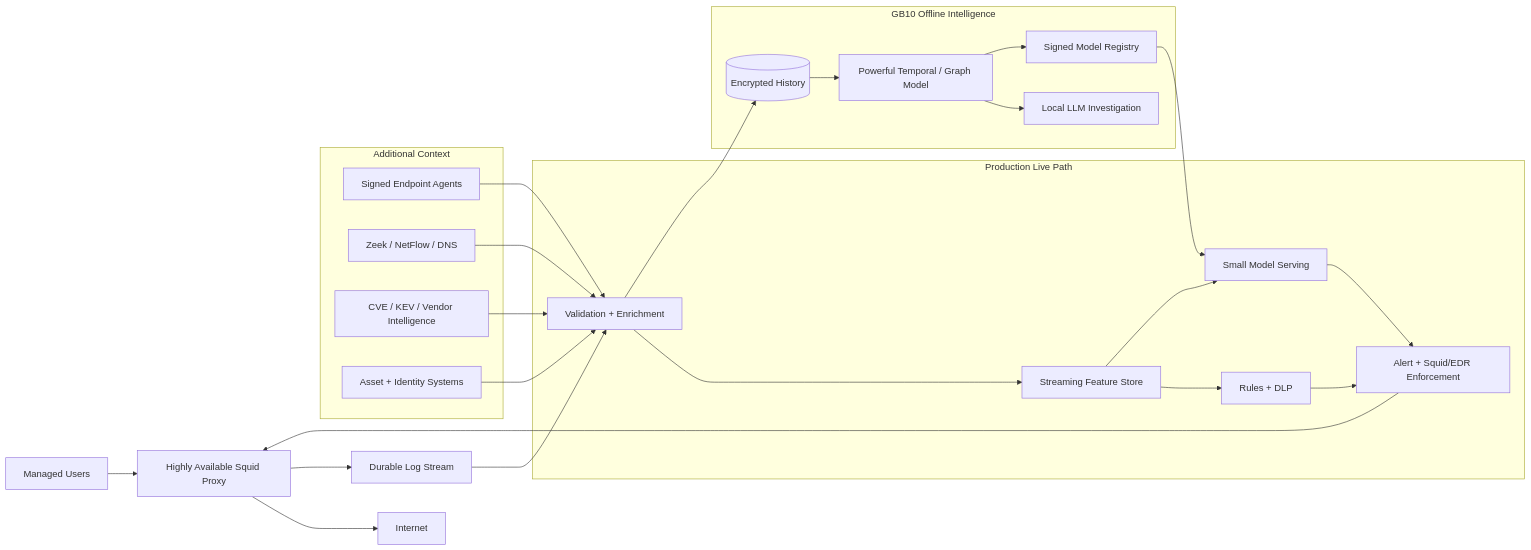
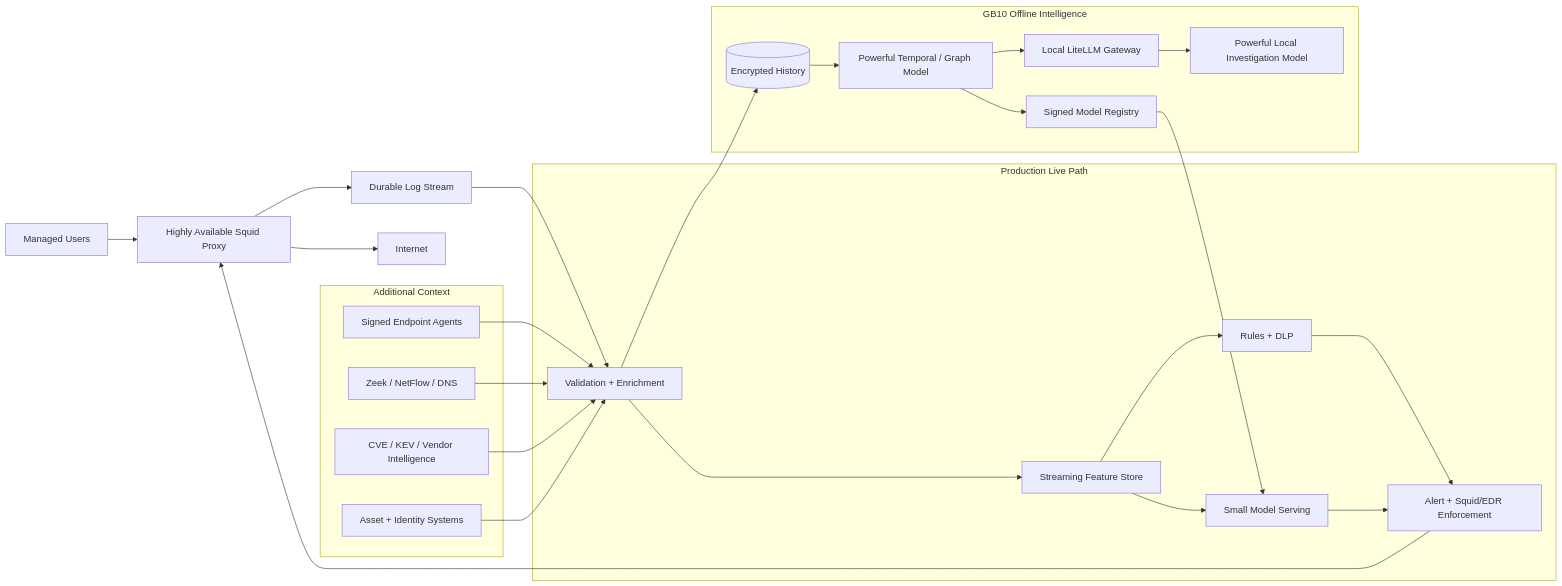
Before and after one commit to ric03uec/dell-x-nvidia-hackathon: the third of 3 diagrams in docs/exfiltration-protection-architecture.md, drawn with Mermaid. The commit also changed other lines of this file, not shown here.

Commit message:
docs: route local models through LiteLLM

````diff
--- a/docs/exfiltration-protection-architecture.md
+++ b/docs/exfiltration-protection-architecture.md
@@ -356,43 +384,44 @@
 ```mermaid
 flowchart LR
     USERS[Managed Users] --> SQUID[Highly Available Squid Proxy]
     SQUID --> WEB[Internet]
     SQUID --> STREAM[Durable Log Stream]
 
     subgraph Context[Additional Context]
         AGENTS[Signed Endpoint Agents]
         NET[Zeek / NetFlow / DNS]
         INTEL[CVE / KEV / Vendor Intelligence]
         ID[Asset + Identity Systems]
     end
 
     subgraph Live[Production Live Path]
         PIPE[Validation + Enrichment]
         FEATURE[Streaming Feature Store]
         POLICY[Rules + DLP]
         MODEL[Small Model Serving]
         RESPONSE[Alert + Squid/EDR Enforcement]
     end
 
     subgraph Offline[GB10 Offline Intelligence]
         HISTORY[(Encrypted History)]
         LARGE[Powerful Temporal / Graph Model]
-        LLM[Local LLM Investigation]
+        GATEWAY[Local LiteLLM Gateway]
+        LLM[Powerful Local Investigation Model]
         REGISTRY[Signed Model Registry]
     end
 
     STREAM --> PIPE
     AGENTS --> PIPE
     NET --> PIPE
     INTEL --> PIPE
     ID --> PIPE
     PIPE --> FEATURE
     FEATURE --> POLICY
     FEATURE --> MODEL
     POLICY --> RESPONSE
     MODEL --> RESPONSE
     RESPONSE --> SQUID
     PIPE --> HISTORY
-    HISTORY --> LARGE --> LLM
+    HISTORY --> LARGE --> GATEWAY --> LLM
     LARGE --> REGISTRY --> MODEL
 ```
````
